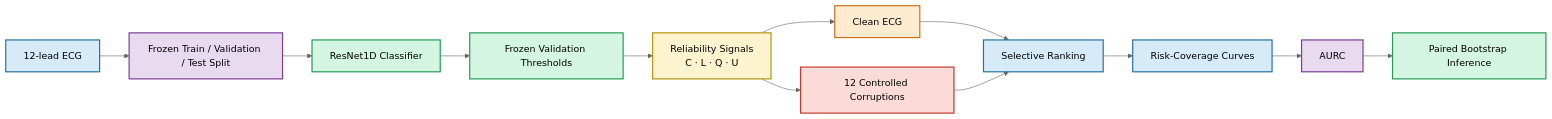
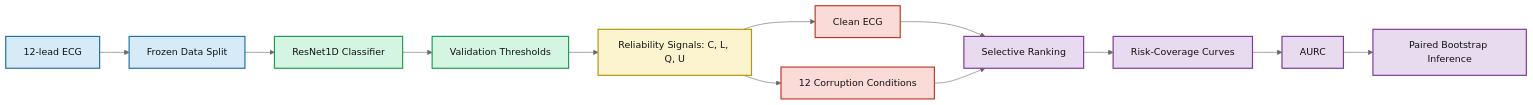
Before and after one commit to idrees118/selective-ecg-signal-degradation: the diagram in README.md, drawn with Mermaid (neutral theme).

````diff
--- a/README.md
+++ b/README.md
@@ -76,30 +76,30 @@
 ```mermaid
 flowchart LR
 
-    A["12-lead ECG"] --> B["Frozen Train / Validation / Test Split"]
+    A["12-lead ECG"] --> B["Frozen Data Split"]
     B --> C["ResNet1D Classifier"]
-    C --> D["Frozen Validation Thresholds"]
+    C --> D["Validation Thresholds"]
+    D --> E["Reliability Signals: C, L, Q, U"]
 
-    D --> E["Reliability Signals<br/>C · L · Q · U"]
     E --> F["Clean ECG"]
-    E --> G["12 Controlled Corruptions"]
+    E --> G["12 Corruption Conditions"]
 
     F --> H["Selective Ranking"]
     G --> H
 
     H --> I["Risk-Coverage Curves"]
     I --> J["AURC"]
     J --> K["Paired Bootstrap Inference"]
 
-    style A fill:#D6EAF8,stroke:#2471A3,stroke-width:2px
-    style B fill:#E8DAEF,stroke:#7D3C98,stroke-width:2px
-    style C fill:#D5F5E3,stroke:#239B56,stroke-width:2px
-    style D fill:#D5F5E3,stroke:#239B56,stroke-width:2px
-    style E fill:#FCF3CF,stroke:#B7950B,stroke-width:2px
-    style F fill:#FDEBD0,stroke:#CA6F1E,stroke-width:2px
-    style G fill:#FADBD8,stroke:#C0392B,stroke-width:2px
-    style H fill:#D6EAF8,stroke:#2471A3,stroke-width:2px
-    style I fill:#D6EAF8,stroke:#2471A3,stroke-width:2px
-    style J fill:#E8DAEF,stroke:#7D3C98,stroke-width:2px
-    style K fill:#D5F5E3,stroke:#239B56,stroke-width:2px
+    classDef data fill:#D6EAF8,stroke:#2471A3,stroke-width:2px,color:#111111
+    classDef model fill:#D5F5E3,stroke:#239B56,stroke-width:2px,color:#111111
+    classDef reliability fill:#FCF3CF,stroke:#B7950B,stroke-width:2px,color:#111111
+    classDef corruption fill:#FADBD8,stroke:#C0392B,stroke-width:2px,color:#111111
+    classDef evaluation fill:#E8DAEF,stroke:#7D3C98,stroke-width:2px,color:#111111
+
+    class A,B data
+    class C,D model
+    class E reliability
+    class F,G corruption
+    class H,I,J,K evaluation
 ```
````
